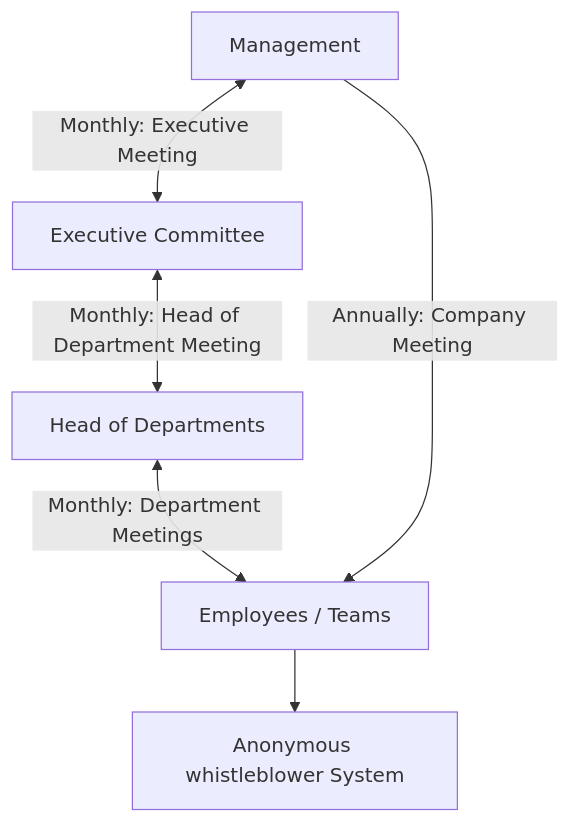
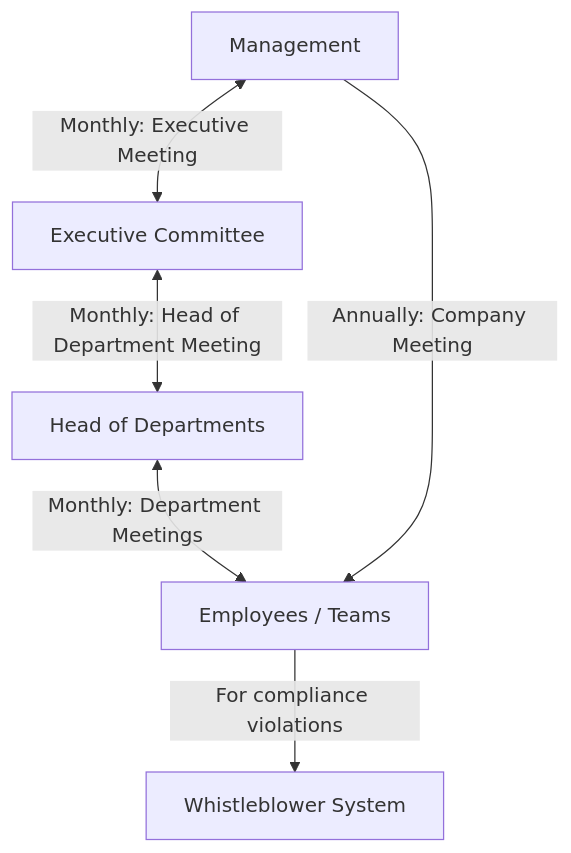
One commit to Karaka-Management/Organization-Guide changed the diagram in Processes/Management/Information Flow.md. Above: the diagram before and after it, drawn with Mermaid. The commit also changed 29 other files, not shown here.

````diff
--- a/Processes/Management/Information Flow.md
+++ b/Processes/Management/Information Flow.md
@@ -5,9 +5,9 @@
 ```mermaid
 flowchart TD;
 	MANAGEMENT[Management]<--Monthly: Executive Meeting-->EXECUTIVE_COMMITTEE[Executive Committee]
 	EXECUTIVE_COMMITTEE<--Monthly: Head of Department Meeting-->HEAD_OF_DEPARTMENTS[Head of Departments]
 	HEAD_OF_DEPARTMENTS<--Monthly: Department Meetings-->EMPLOYEES[Employees / Teams]
 	MANAGEMENT--Annually: Company Meeting-->EMPLOYEES
-	EMPLOYEES-->WHISTLEBLOWER[Anonymous whistleblower System]
+	EMPLOYEES--For compliance violations-->WHISTLEBLOWER[Whistleblower System]
 
 ```
````
